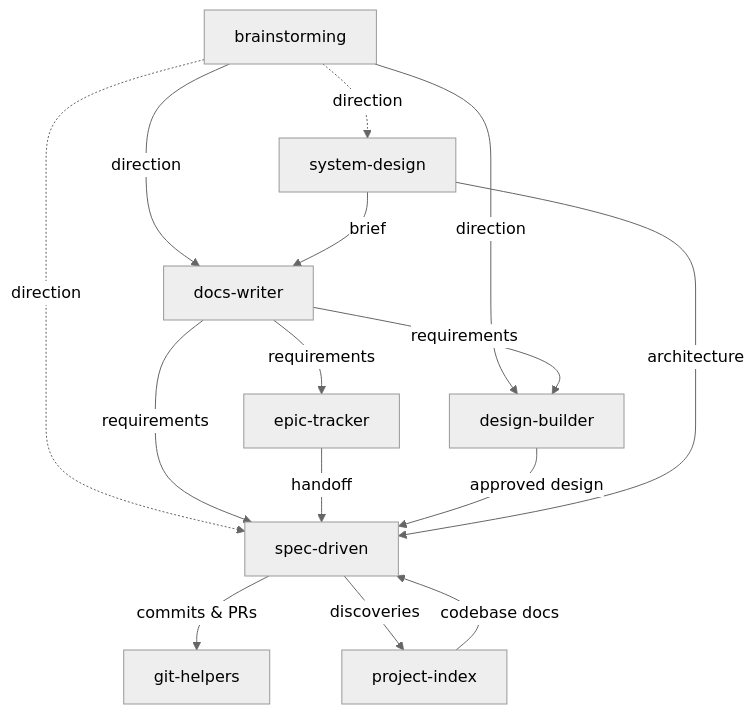
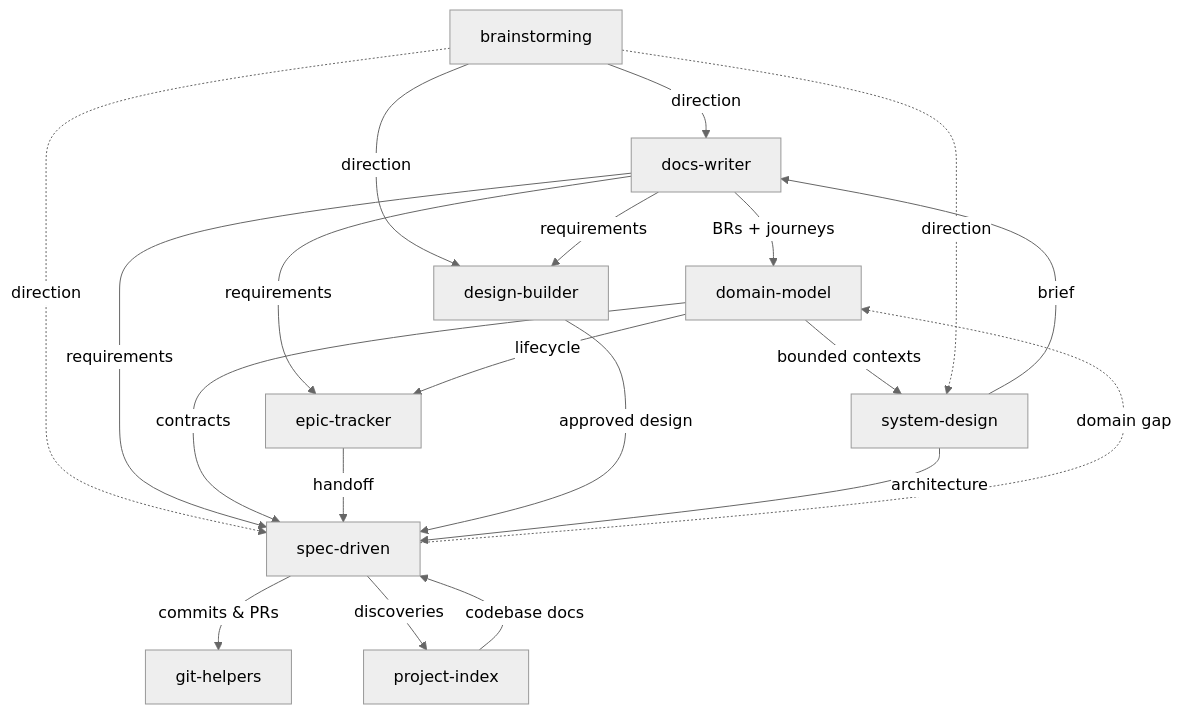
One commit to adeonir/agent-skills changed the diagram in README.md. Above: the diagram before and after it, drawn with Mermaid (neutral theme). The commit also changed other lines of this file and 13 other files, not shown here.

First line of the commit message:
feat: add domain-model skill for entity and bounded context modeling

````diff
--- a/README.md
+++ b/README.md
@@ -37,17 +38,22 @@
 ```mermaid
 flowchart TD
     BR[brainstorming] -->|direction| DW[docs-writer]
     BR -->|direction| DB[design-builder]
     BR -.->|direction| SD[spec-driven]
+    DW -->|BRs + journeys| DM[domain-model]
     DW -->|requirements| ET[epic-tracker]
     DW -->|requirements| DB
     DW -->|requirements| SD
+    DM -->|bounded contexts| SYS[system-design]
+    DM -->|contracts| SD
+    DM -->|lifecycle| ET
     ET -->|handoff| SD
     PI[project-index] -->|codebase docs| SD
     DB -->|approved design| SD
     SD -->|commits & PRs| GH[git-helpers]
     SD -->|discoveries| PI
-    SYS[system-design] -->|brief| DW
+    SD -.->|domain gap| DM
+    SYS -->|brief| DW
     SYS -->|architecture| SD
     BR -.->|direction| SYS
 ```
````
